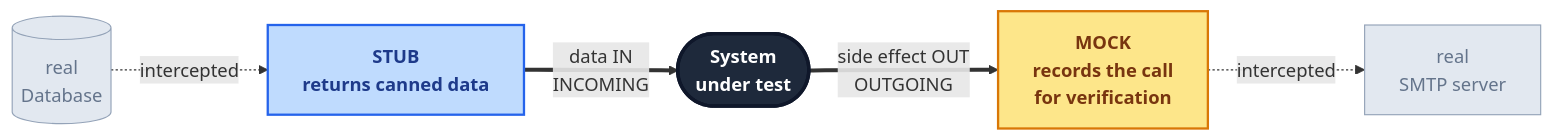
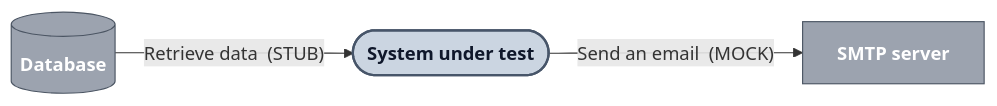
One commit to HusinHakim/blog-husin changed the third of 4 diagrams in content/post/getting-more-familiar-with-tdd.md. Above: the diagram before and after it, drawn with Mermaid.

Commit message:
Simplify mock/stub diagram: three nodes, two labelled edges
Match the reference image's minimalism: Database stubbed on the left,
SUT in the middle, SMTP server mocked on the right. Edge labels carry
the role tag (STUB / MOCK) instead of dedicated test-double nodes.

```diff
--- a/content/post/getting-more-familiar-with-tdd.md
+++ b/content/post/getting-more-familiar-with-tdd.md
@@ -139,18 +139,12 @@
 {{< mermaid >}}
 flowchart LR
-    DB[("real<br/>Database")]:::ext
-    STUB["<b>STUB</b><br/>returns canned data"]:::stub
-    SUT(["System<br/>under test"]):::sut
-    MOCK["<b>MOCK</b><br/>records the call<br/>for verification"]:::mock
-    SMTP["real<br/>SMTP server"]:::ext
+    DB[("Database")]:::ext
+    SUT(["System under test"]):::sut
+    SMTP["SMTP server"]:::ext
 
-    DB -. "intercepted" .-> STUB
-    STUB == "data IN<br/>INCOMING" ==> SUT
-    SUT == "side effect OUT<br/>OUTGOING" ==> MOCK
-    MOCK -. "intercepted" .-> SMTP
+    DB -- "Retrieve data &nbsp;(STUB)" --> SUT
+    SUT -- "Send an email &nbsp;(MOCK)" --> SMTP
 
-    classDef sut fill:#1e293b,stroke:#0f172a,color:#fff,font-weight:bold,stroke-width:3px
-    classDef ext fill:#e2e8f0,stroke:#94a3b8,color:#64748b
-    classDef mock fill:#fde68a,stroke:#d97706,color:#78350f,font-weight:bold,stroke-width:2px
-    classDef stub fill:#bfdbfe,stroke:#2563eb,color:#1e3a8a,font-weight:bold,stroke-width:2px
+    classDef sut fill:#cbd5e1,stroke:#475569,color:#0f172a,font-weight:bold,stroke-width:2px
+    classDef ext fill:#9ca3af,stroke:#4b5563,color:#fff,font-weight:bold
 {{< /mermaid >}}
```
